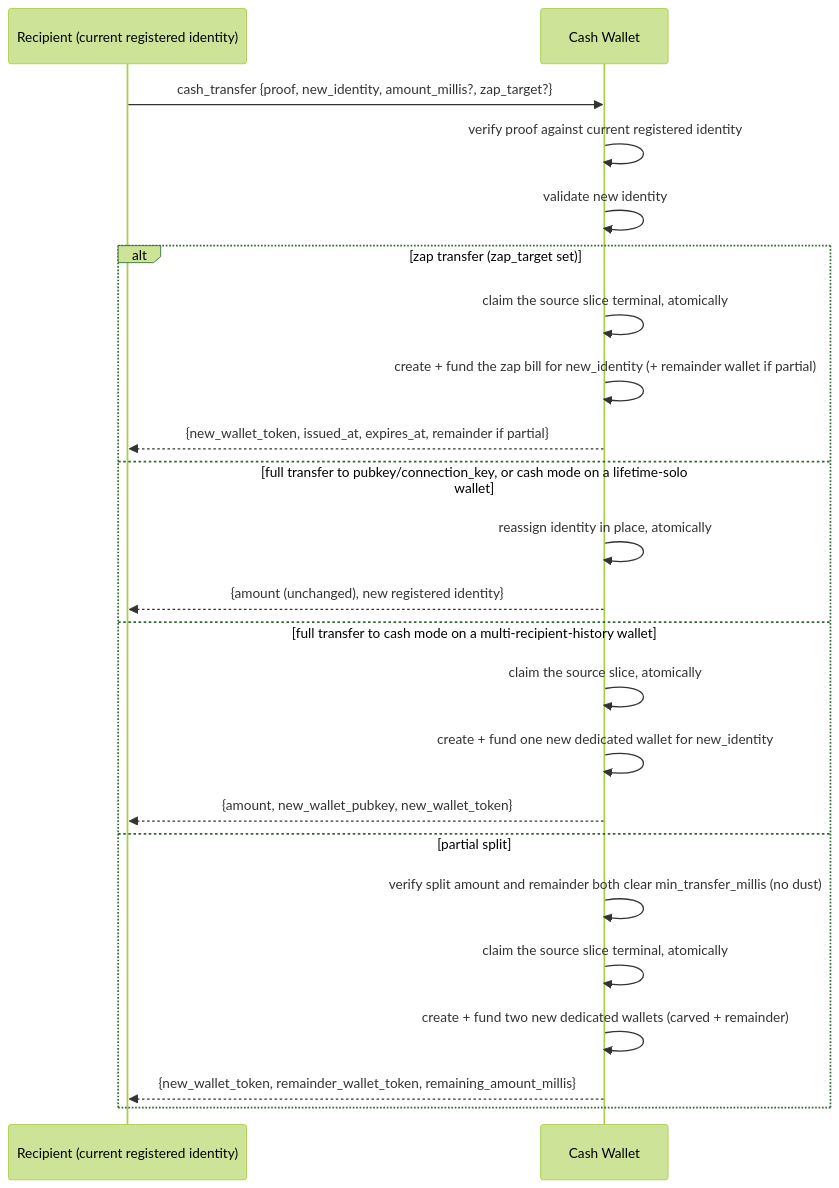
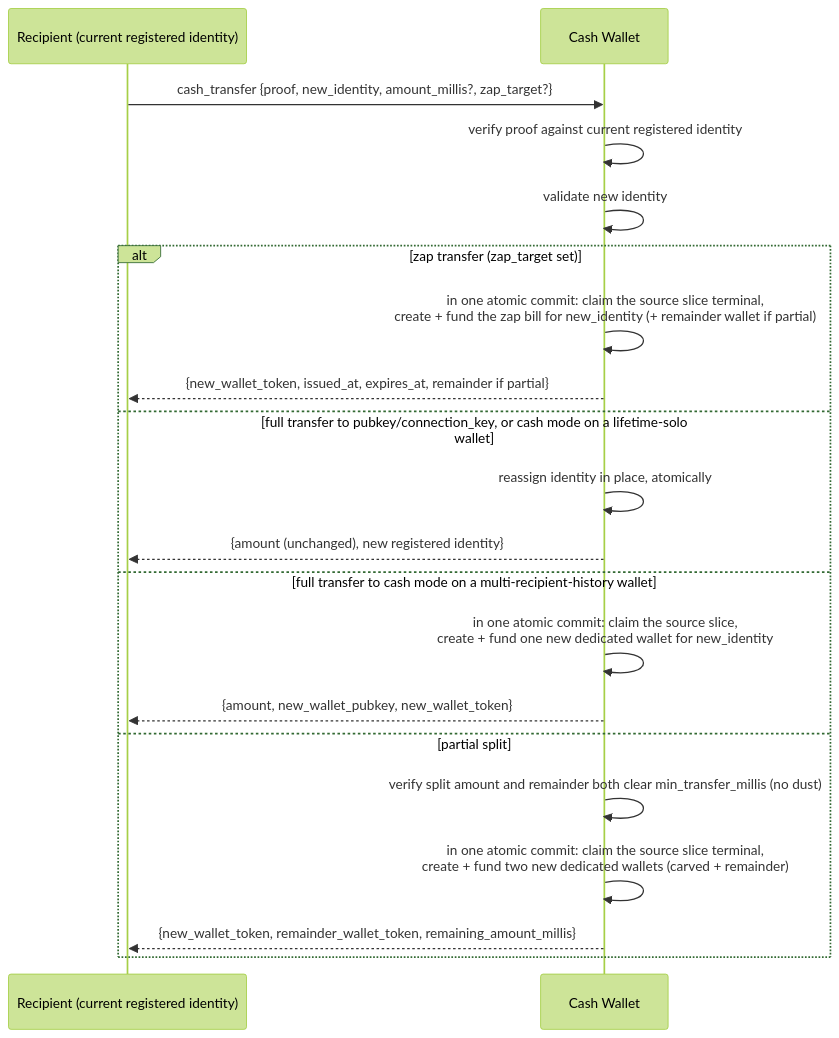
One commit to ohstr/nips changed the fourth of 8 diagrams in NIP-CASH.md. Above: the diagram before and after it, drawn with Mermaid (forest theme). The commit also changed other lines of this file, not shown here.

Commit message:
docs(nip-cash): replace the compensating saga with one atomic commit, tokens signed first

````diff
--- a/NIP-CASH.md
+++ b/NIP-CASH.md
@@ -801,26 +801,23 @@
 ```mermaid
 sequenceDiagram
     participant Caller as Recipient (current registered identity)
     participant Wallet as Cash Wallet
 
     Caller->>Wallet: cash_transfer {proof, new_identity, amount_millis?, zap_target?}
     Wallet->>Wallet: verify proof against current registered identity
     Wallet->>Wallet: validate new identity
     alt zap transfer (zap_target set)
-        Wallet->>Wallet: claim the source slice terminal, atomically
-        Wallet->>Wallet: create + fund the zap bill for new_identity (+ remainder wallet if partial)
+        Wallet->>Wallet: in one atomic commit: claim the source slice terminal,<br/>create + fund the zap bill for new_identity (+ remainder wallet if partial)
         Wallet-->>Caller: {new_wallet_token, issued_at, expires_at, remainder if partial}
     else full transfer to pubkey/connection_key, or cash mode on a lifetime-solo wallet
         Wallet->>Wallet: reassign identity in place, atomically
         Wallet-->>Caller: {amount (unchanged), new registered identity}
     else full transfer to cash mode on a multi-recipient-history wallet
-        Wallet->>Wallet: claim the source slice, atomically
-        Wallet->>Wallet: create + fund one new dedicated wallet for new_identity
+        Wallet->>Wallet: in one atomic commit: claim the source slice,<br/>create + fund one new dedicated wallet for new_identity
         Wallet-->>Caller: {amount, new_wallet_pubkey, new_wallet_token}
     else partial split
         Wallet->>Wallet: verify split amount and remainder both clear min_transfer_millis (no dust)
-        Wallet->>Wallet: claim the source slice terminal, atomically
-        Wallet->>Wallet: create + fund two new dedicated wallets (carved + remainder)
+        Wallet->>Wallet: in one atomic commit: claim the source slice terminal,<br/>create + fund two new dedicated wallets (carved + remainder)
         Wallet-->>Caller: {new_wallet_token, remainder_wallet_token, remaining_amount_millis}
     end
 ```
````
